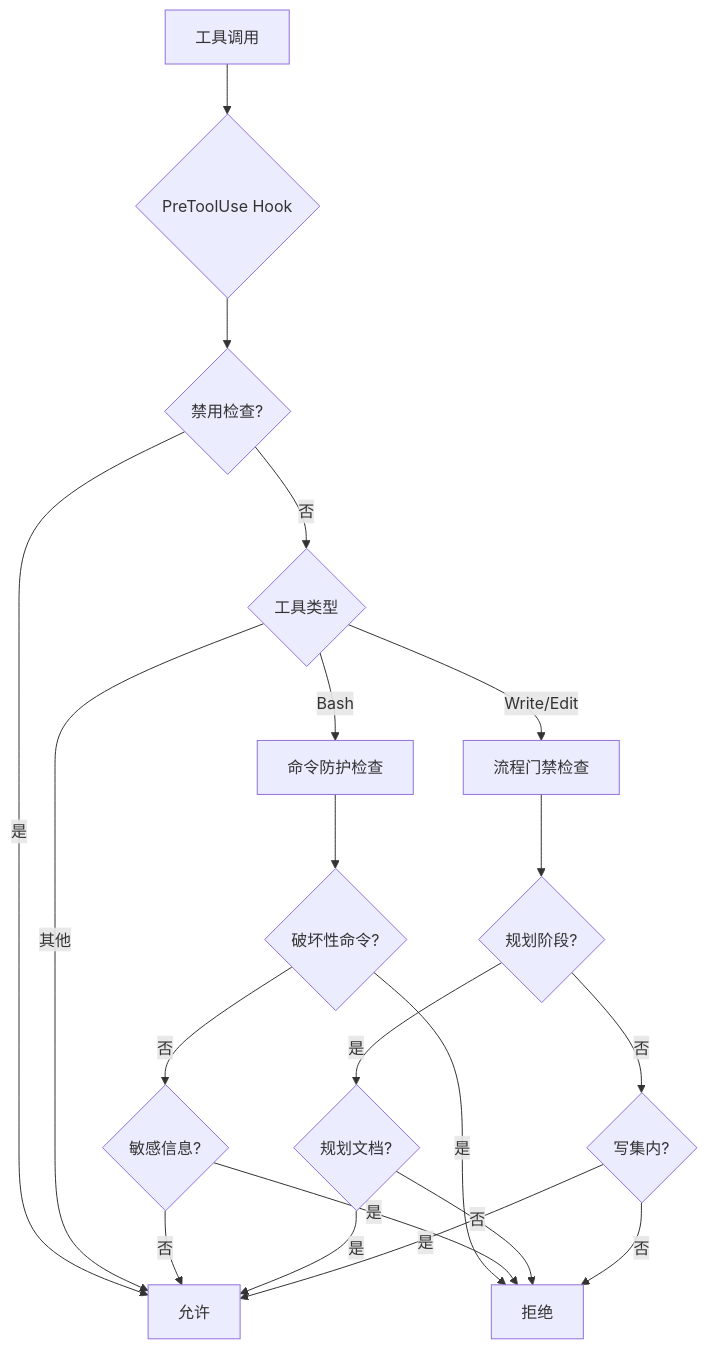
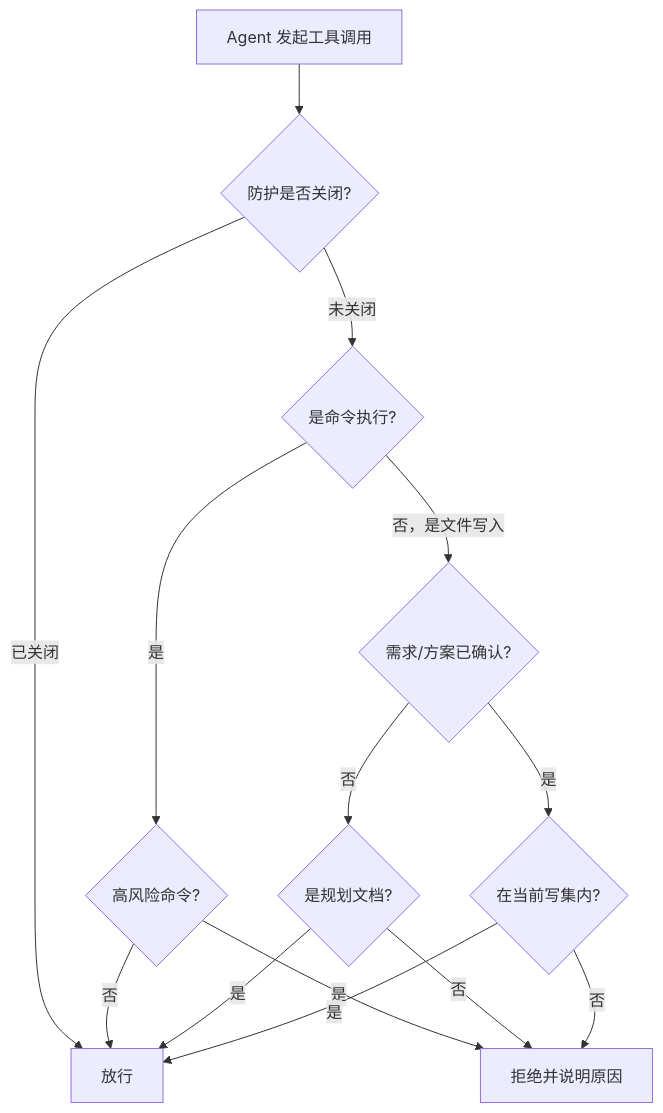
The diagram in src/content/docs/skills/hooks/pre-tool-use.mdx (bald-head/deploy-docs), drawn with Mermaid before and after one commit. The commit also changed other lines of this file and 138 other files, not shown here.

````diff
--- a/src/content/docs/skills/hooks/pre-tool-use.mdx
+++ b/src/content/docs/skills/hooks/pre-tool-use.mdx
@@ -491,22 +215,16 @@
 ```mermaid
 graph TD
-    A[工具调用] --> B{PreToolUse Hook}
-    B --> C{禁用检查?}
-    C -->|是| D[允许]
-    C -->|否| E{工具类型}
-    E -->|Bash| F[命令防护检查]
-    E -->|Write/Edit| G[流程门禁检查]
-    E -->|其他| D
-    F --> H{破坏性命令?}
-    H -->|是| I[拒绝]
-    H -->|否| J{敏感信息?}
-    J -->|是| I
-    J -->|否| D
-    G --> K{规划阶段?}
-    K -->|是| L{规划文档?}
-    L -->|是| D
-    L -->|否| I
-    K -->|否| M{写集内?}
-    M -->|是| D
-    M -->|否| I
+    A[Agent 发起工具调用] --> B{防护是否关闭?}
+    B -->|已关闭| P[放行]
+    B -->|未关闭| C{是命令执行?}
+    C -->|是| D{高风险命令?}
+    D -->|是| R[拒绝并说明原因]
+    D -->|否| P
+    C -->|否，是文件写入| E{需求/方案已确认?}
+    E -->|否| F{是规划文档?}
+    F -->|是| P
+    F -->|否| R
+    E -->|是| G{在当前写集内?}
+    G -->|是| P
+    G -->|否| R
 ```
````
